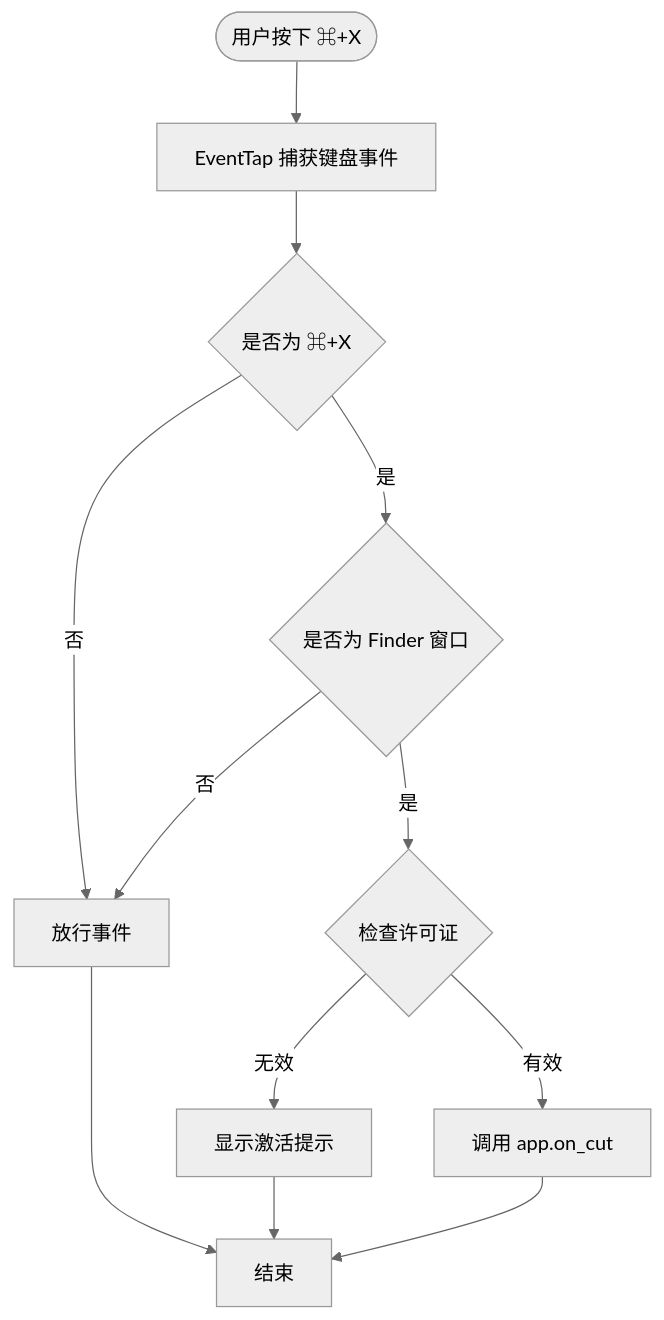
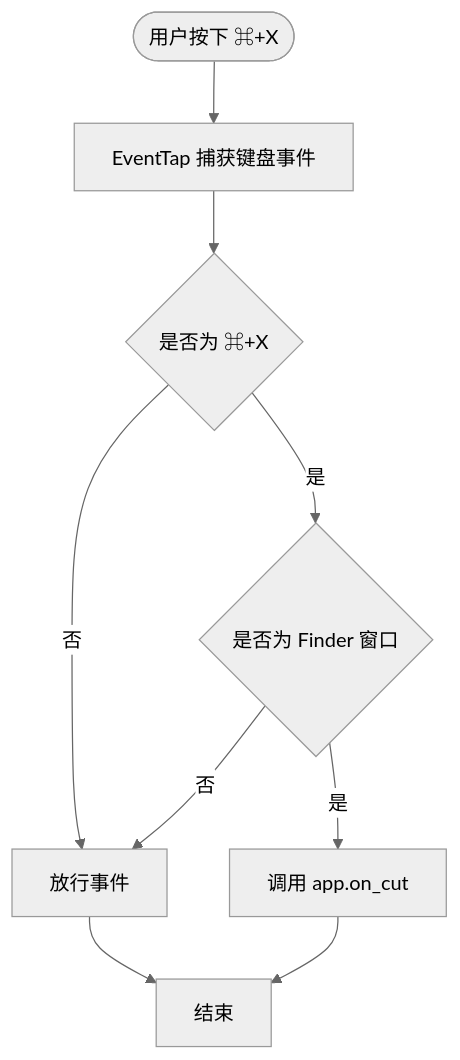
The second of 7 diagrams in 流程图.md (zhangs-cedar/mac-commondX), drawn with Mermaid (neutral theme) before and after one commit. The commit also changed other lines of this file and 9 other files, not shown here.

````diff
--- a/流程图.md
+++ b/流程图.md
@@ -31,16 +31,12 @@
 ```mermaid
 flowchart TD
     Start(["用户按下 ⌘+X"]) --> EventTap["EventTap 捕获键盘事件"]
     EventTap --> CheckKey{"是否为 ⌘+X"}
     CheckKey -->|否| PassEvent["放行事件"]
     CheckKey -->|是| CheckFinder{"是否为 Finder 窗口"}
     CheckFinder -->|否| PassEvent
-    CheckFinder -->|是| CheckLicense{"检查许可证"}
+    CheckFinder -->|是| OnCut["调用 app.on_cut"]
     
-    CheckLicense -->|无效| ShowActivation["显示激活提示"]
-    CheckLicense -->|有效| OnCut["调用 app.on_cut"]
-    
-    ShowActivation --> EndNode["结束"]
-    PassEvent --> EndNode
+    PassEvent --> EndNode["结束"]
     OnCut --> EndNode
 ```
````
